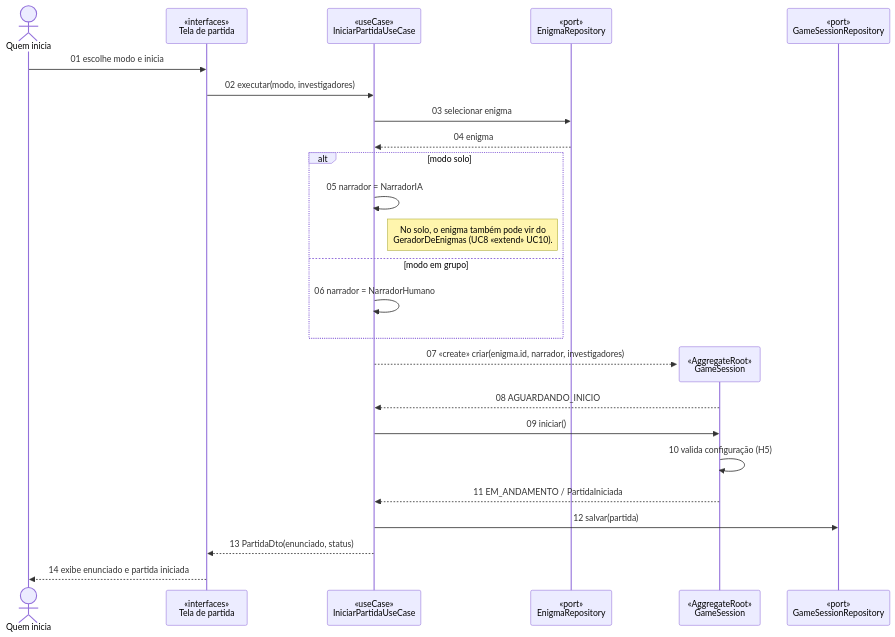
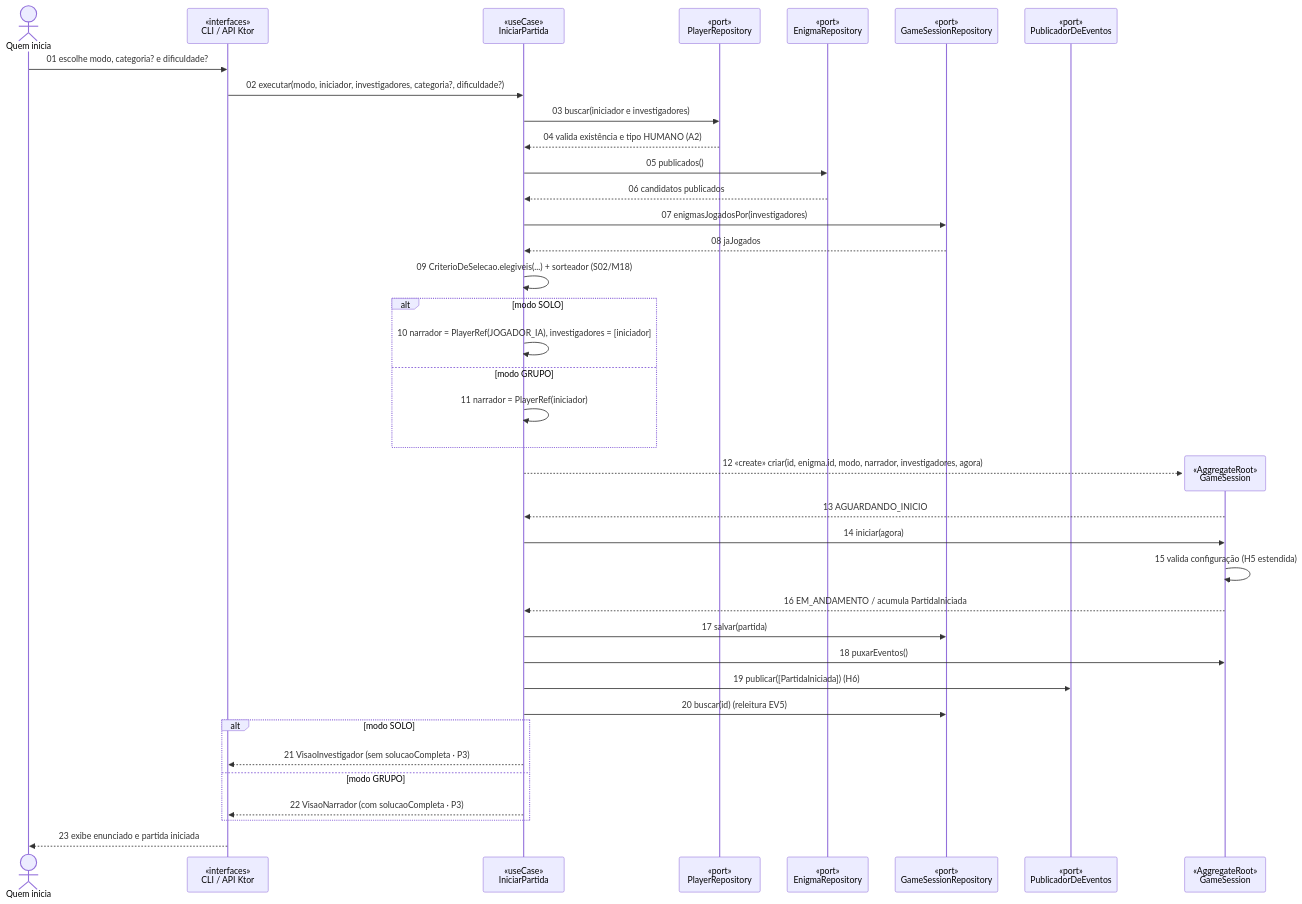
The diagram in docs/diagramas/sequencia-iniciar-partida.md (Dtma20/que-bug-e-esse), drawn with Mermaid before and after one commit. The commit also changed other lines of this file and 18 other files, not shown here.

Commit message:
Docs: atualiza M1 concluido, diagramas Mermaid e specs S06-S09

````diff
--- a/docs/diagramas/sequencia-iniciar-partida.md
+++ b/docs/diagramas/sequencia-iniciar-partida.md
@@ -8,28 +8,45 @@
 ```mermaid
 sequenceDiagram
     actor Q as Quem inicia
-    participant T as «interfaces»<br/>Tela de partida
-    participant UC as «useCase»<br/>IniciarPartidaUseCase
+    participant T as «interfaces»<br/>CLI / API Ktor
+    participant UC as «useCase»<br/>IniciarPartida
+    participant PR as «port»<br/>PlayerRepository
     participant ER as «port»<br/>EnigmaRepository
+    participant GSR as «port»<br/>GameSessionRepository
+    participant PUB as «port»<br/>PublicadorDeEventos
 
-    Q->>T: 01 escolhe modo e inicia
-    T->>UC: 02 executar(modo, investigadores)
-    UC->>ER: 03 selecionar enigma
-    ER-->>UC: 04 enigma
-    alt modo solo
-        UC->>UC: 05 narrador = NarradorIA
-        Note right of UC: No solo, o enigma também pode vir do<br/>GeradorDeEnigmas (UC8 «extend» UC10).
-    else modo em grupo
-        UC->>UC: 06 narrador = NarradorHumano
+    Q->>T: 01 escolhe modo, categoria? e dificuldade?
+    T->>UC: 02 executar(modo, iniciador, investigadores, categoria?, dificuldade?)
+    UC->>PR: 03 buscar(iniciador e investigadores)
+    PR-->>UC: 04 valida existência e tipo HUMANO (A2)
+    UC->>ER: 05 publicados()
+    ER-->>UC: 06 candidatos publicados
+    UC->>GSR: 07 enigmasJogadosPor(investigadores)
+    GSR-->>UC: 08 jaJogados
+    UC->>UC: 09 CriterioDeSelecao.elegiveis(...) + sorteador (S02/M18)
+
+    alt modo SOLO
+        UC->>UC: 10 narrador = PlayerRef(JOGADOR_IA), investigadores = [iniciador]
+    else modo GRUPO
+        UC->>UC: 11 narrador = PlayerRef(iniciador)
     end
+
     create participant GS as «AggregateRoot»<br/>GameSession
-    UC-->>GS: 07 «create» criar(enigma.id, narrador, investigadores)
-    GS-->>UC: 08 AGUARDANDO_INICIO
-    UC->>GS: 09 iniciar()
-    GS->>GS: 10 valida configuração (H5)
-    GS-->>UC: 11 EM_ANDAMENTO / PartidaIniciada
-    participant GSR as «port»<br/>GameSessionRepository
-    UC->>GSR: 12 salvar(partida)
-    UC-->>T: 13 PartidaDto(enunciado, status)
-    T-->>Q: 14 exibe enunciado e partida iniciada
+    UC-->>GS: 12 «create» criar(id, enigma.id, modo, narrador, investigadores, agora)
+    GS-->>UC: 13 AGUARDANDO_INICIO
+    UC->>GS: 14 iniciar(agora)
+    GS->>GS: 15 valida configuração (H5 estendida)
+    GS-->>UC: 16 EM_ANDAMENTO / acumula PartidaIniciada
+
+    UC->>GSR: 17 salvar(partida)
+    UC->>GS: 18 puxarEventos()
+    UC->>PUB: 19 publicar([PartidaIniciada]) (H6)
+    UC->>GSR: 20 buscar(id) (releitura EV5)
+
+    alt modo SOLO
+        UC-->>T: 21 VisaoInvestigador (sem solucaoCompleta · P3)
+    else modo GRUPO
+        UC-->>T: 22 VisaoNarrador (com solucaoCompleta · P3)
+    end
+    T-->>Q: 23 exibe enunciado e partida iniciada
 ```
````
